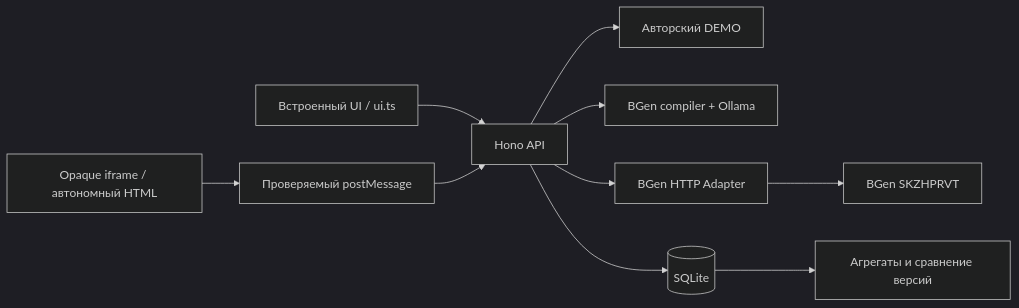
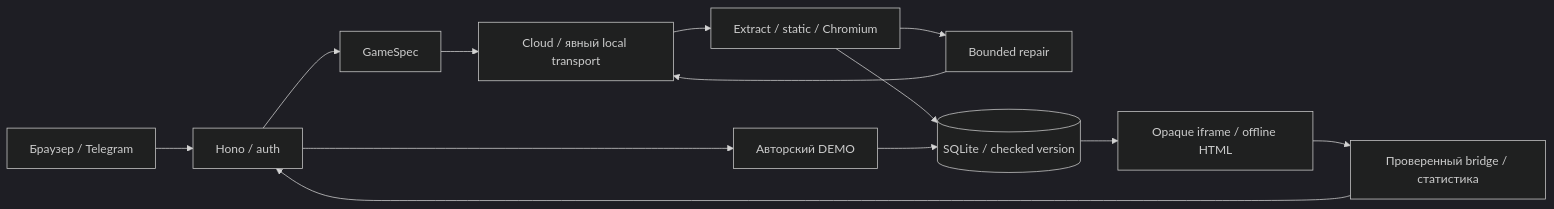
The diagram in docs/architecture.md (Sashido01/YAPLIX), drawn with Mermaid (dark theme) before and after one commit. The commit also changed other lines of this file and 50 other files, not shown here.

Commit message:
feat: independent cloud generation and secured Telegram Mini App

````diff
--- a/docs/architecture.md
+++ b/docs/architecture.md
@@ -5,12 +7,15 @@
 ```mermaid
 flowchart LR
-  UI[Встроенный UI / ui.ts] --> API[Hono API]
+  UI[Браузер / Telegram] --> API[Hono / auth]
+  API --> Spec[GameSpec]
+  Spec --> LLM[Cloud / явный local transport]
+  LLM --> Check[Extract / static / Chromium]
+  Check --> Repair[Bounded repair]
+  Repair --> LLM
+  Check --> DB[(SQLite / checked version)]
   API --> Demo[Авторский DEMO]
-  API --> Local[BGen compiler + Ollama]
-  API --> Adapter[BGen HTTP Adapter]
-  Adapter --> BGen[BGen SKZHPRVT]
-  API --> DB[(SQLite)]
-  Game[Opaque iframe / автономный HTML] --> Bridge[Проверяемый postMessage]
-  Bridge --> API
-  DB --> Analytics[Агрегаты и сравнение версий]
+  Demo --> DB
+  DB --> Game[Opaque iframe / offline HTML]
+  Game --> Events[Проверенный bridge / статистика]
+  Events --> API
 ```
````
